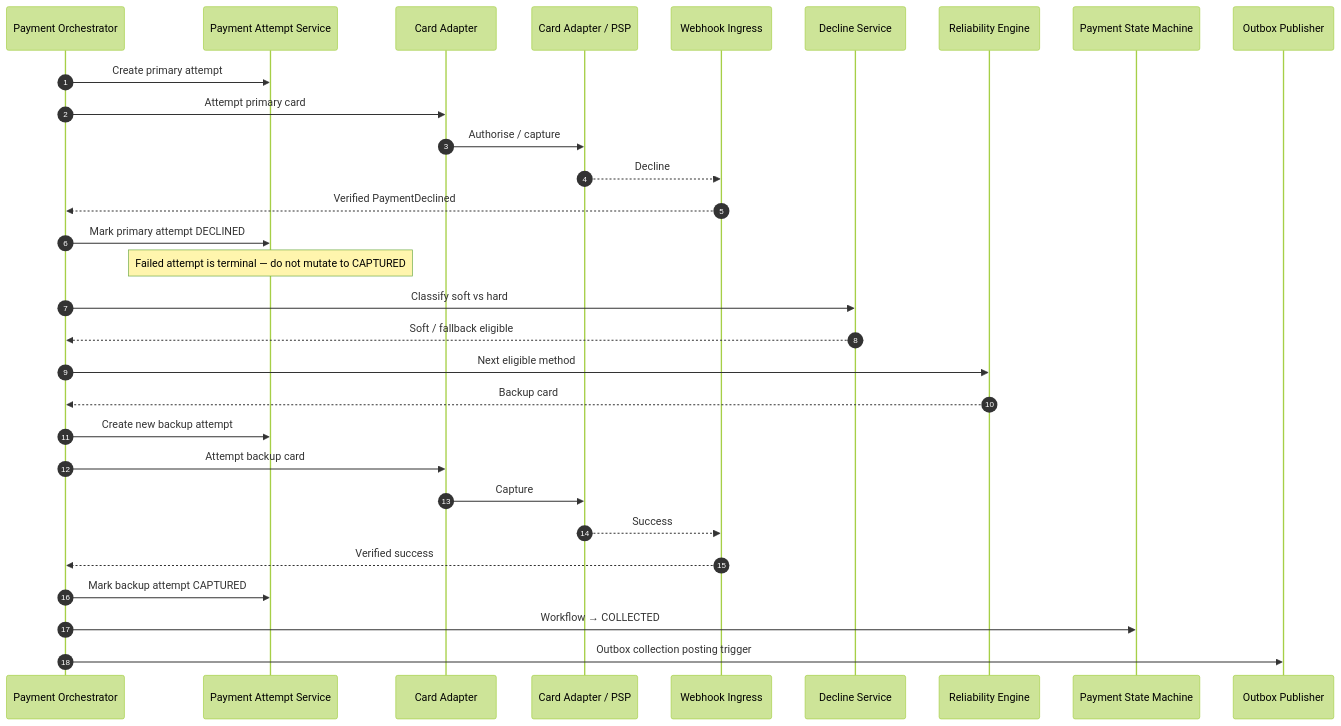
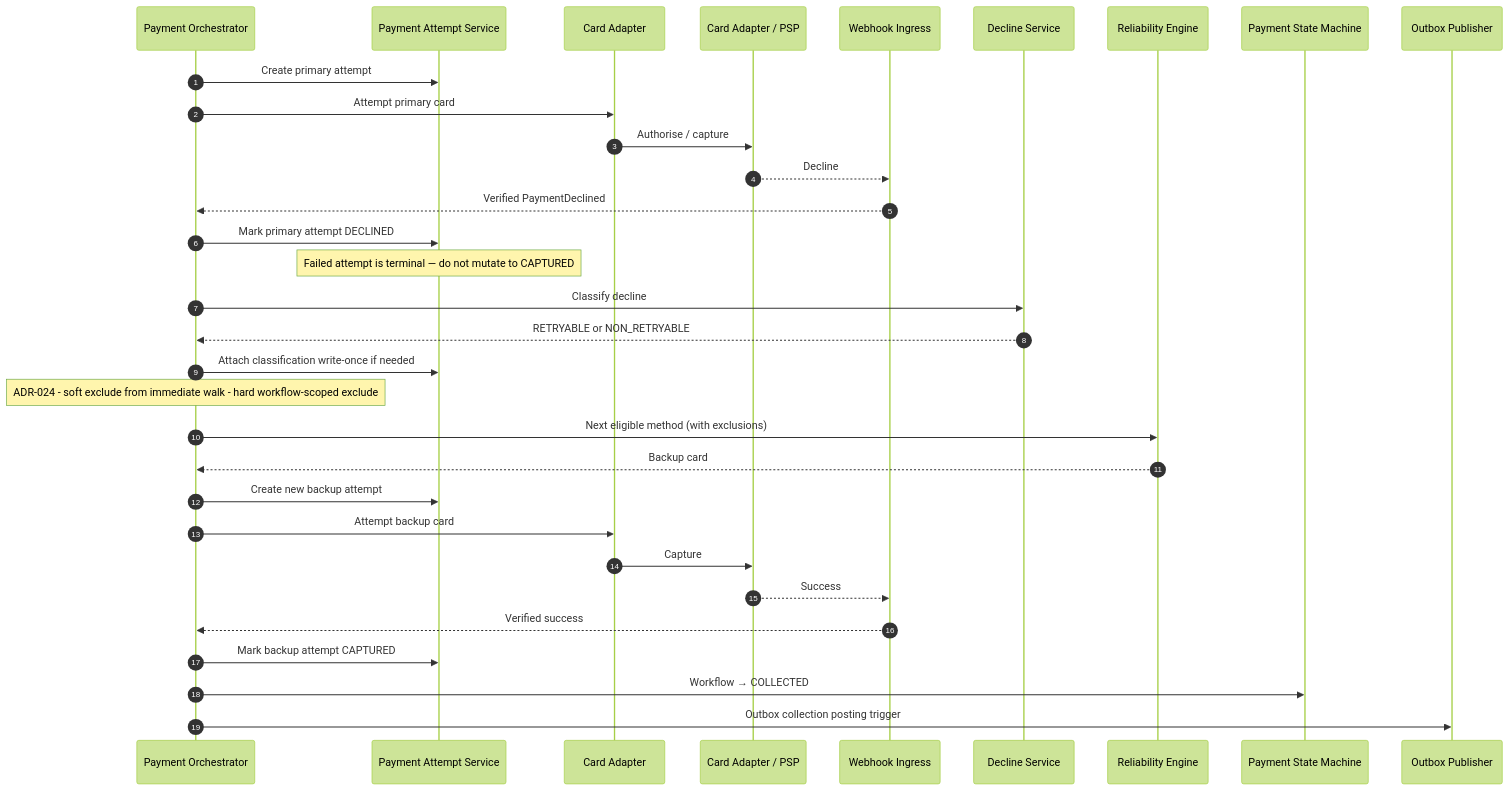
One commit to MR0808/sparelane-architecture changed the diagram in docs/design/payments/backup-recovery.md. Above: the diagram before and after it, drawn with Mermaid (forest theme). The commit also changed other lines of this file and 40 other files, not shown here.

````diff
--- a/docs/design/payments/backup-recovery.md
+++ b/docs/design/payments/backup-recovery.md
@@ -36,35 +37,37 @@
 ```mermaid
 sequenceDiagram
     autonumber
     participant Orch as Payment Orchestrator
     participant Att as Payment Attempt Service
     participant Card as Card Adapter
     participant PSP as Card Adapter / PSP
     participant WH as Webhook Ingress
     participant Dec as Decline Service
     participant Rel as Reliability Engine
     participant PSM as Payment State Machine
     participant OB as Outbox Publisher
 
     Orch->>Att: Create primary attempt
     Orch->>Card: Attempt primary card
     Card->>PSP: Authorise / capture
     PSP-->>WH: Decline
     WH-->>Orch: Verified PaymentDeclined
     Orch->>Att: Mark primary attempt DECLINED
     Note over Att: Failed attempt is terminal — do not mutate to CAPTURED
 
-    Orch->>Dec: Classify soft vs hard
-    Dec-->>Orch: Soft / fallback eligible
-    Orch->>Rel: Next eligible method
+    Orch->>Dec: Classify decline
+    Dec-->>Orch: RETRYABLE or NON_RETRYABLE
+    Orch->>Att: Attach classification write-once if needed
+    Note over Orch: ADR-024 - soft exclude from immediate walk - hard workflow-scoped exclude
+    Orch->>Rel: Next eligible method (with exclusions)
     Rel-->>Orch: Backup card
 
     Orch->>Att: Create new backup attempt
     Orch->>Card: Attempt backup card
     Card->>PSP: Capture
     PSP-->>WH: Success
     WH-->>Orch: Verified success
     Orch->>Att: Mark backup attempt CAPTURED
     Orch->>PSM: Workflow → COLLECTED
     Orch->>OB: Outbox collection posting trigger
 ```
````
